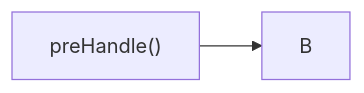
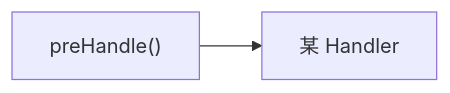
The sixth of 7 diagrams in _posts/java/framework/spring-mvc/2021-08-22-03-usage.md (kekaiyuan/resource), drawn with Mermaid before and after one commit.

Commit message:
修改文件: _posts/java/framework/spring-mvc/2021-08-22-03-usage.md

```diff
--- a/_posts/java/framework/spring-mvc/2021-08-22-03-usage.md
+++ b/_posts/java/framework/spring-mvc/2021-08-22-03-usage.md
@@ -685,4 +685,4 @@
 <div class="mermaid">
 graph LR;
-A["preHandle()"]-->B
+A["preHandle()"]-->B["某 Handler"]
 </div>
```
